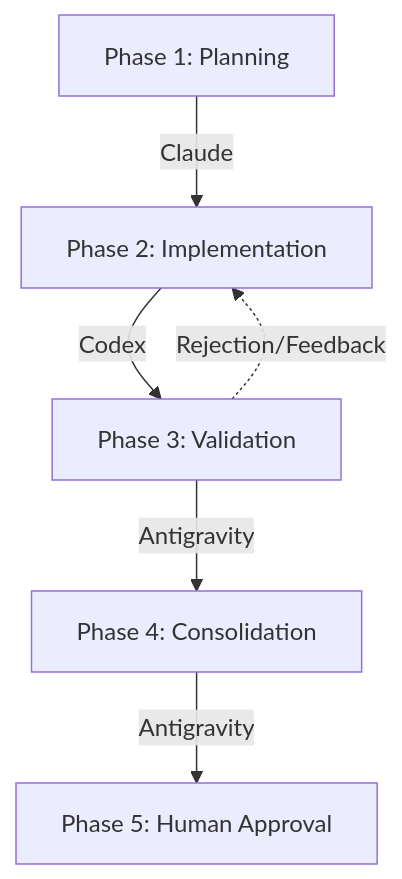
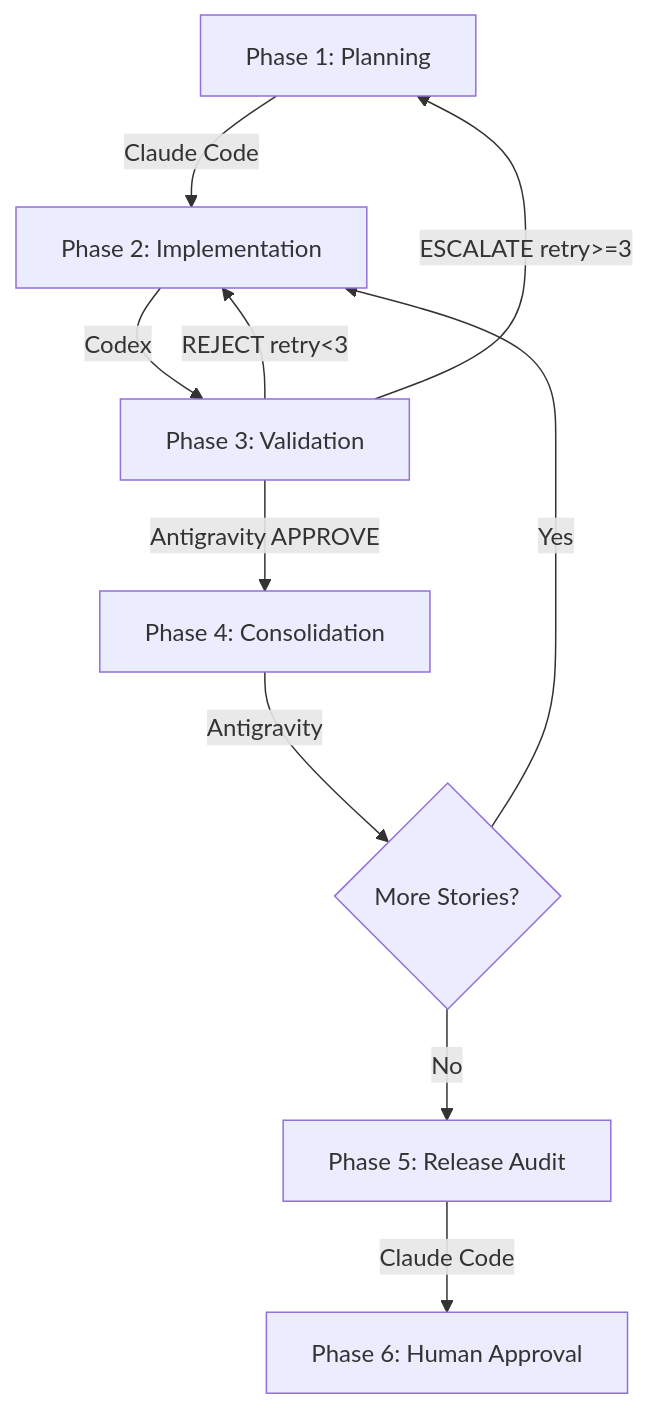
The diagram in TRIAD_FOUNDATION.md (starksom/triad.ai), drawn with Mermaid before and after one commit. The commit also changed other lines of this file and 56 other files, not shown here.

````diff
--- a/TRIAD_FOUNDATION.md
+++ b/TRIAD_FOUNDATION.md
@@ -24,8 +27,12 @@
 ```mermaid
 graph TD;
-    A[Phase 1: Planning] -->|Claude| B[Phase 2: Implementation];
+    A[Phase 1: Planning] -->|Claude Code| B[Phase 2: Implementation];
     B -->|Codex| C[Phase 3: Validation];
-    C -->|Antigravity| D[Phase 4: Consolidation];
-    D -->|Antigravity| E[Phase 5: Human Approval];
-    C -.->|Rejection/Feedback| B;
+    C -->|Antigravity APPROVE| D[Phase 4: Consolidation];
+    D -->|Antigravity| E{More Stories?};
+    E -->|Yes| B;
+    E -->|No| F[Phase 5: Release Audit];
+    F -->|Claude Code| G[Phase 6: Human Approval];
+    C -->|REJECT retry<3| B;
+    C -->|ESCALATE retry>=3| A;
 ```
````
